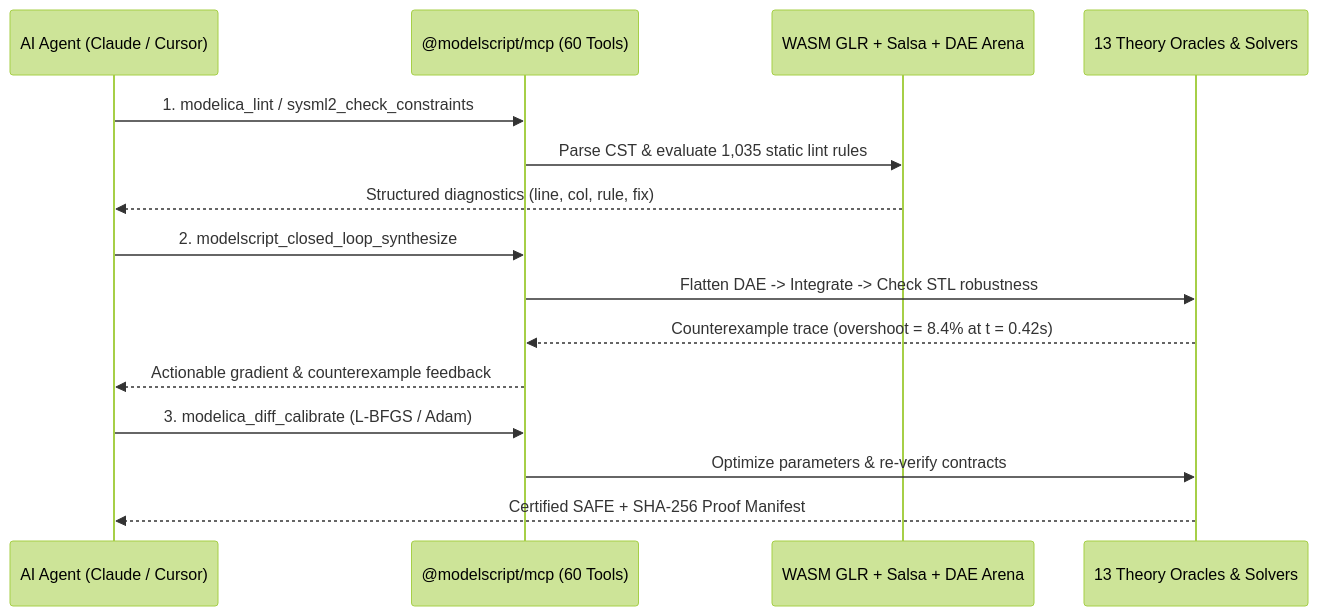
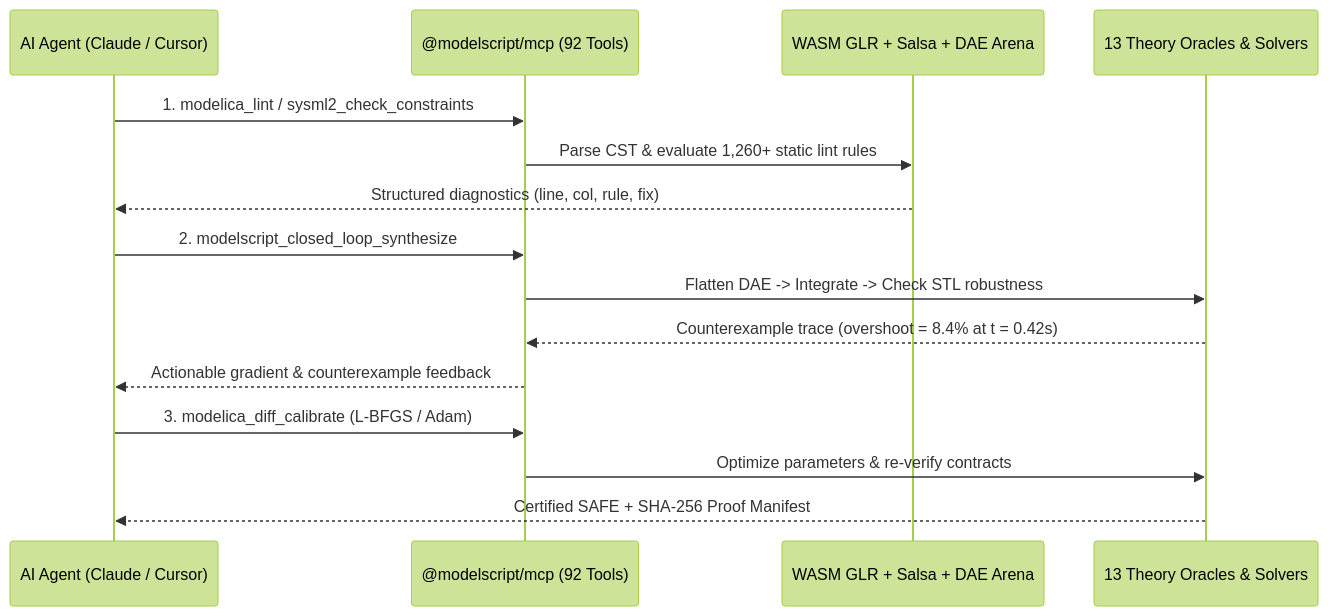
The diagram in apps/docs/docs/guide/ai-agents.md (modelscript/modelscript), drawn with Mermaid (forest theme) before and after one commit. The commit also changed other lines of this file and 1058 other files, not shown here.

````diff
--- a/apps/docs/docs/guide/ai-agents.md
+++ b/apps/docs/docs/guide/ai-agents.md
@@ -93,18 +93,18 @@
 ```mermaid
 sequenceDiagram
     participant Agent as AI Agent (Claude / Cursor)
-    participant MCP as @modelscript/mcp (60 Tools)
+    participant MCP as @modelscript/mcp (92 Tools)
     participant Core as WASM GLR + Salsa + DAE Arena
     participant Verify as 13 Theory Oracles & Solvers
 
     Agent->>MCP: 1. modelica_lint / sysml2_check_constraints
-    MCP->>Core: Parse CST & evaluate 1,035 static lint rules
+    MCP->>Core: Parse CST & evaluate 1,260+ static lint rules
     Core-->>Agent: Structured diagnostics (line, col, rule, fix)
     Agent->>MCP: 2. modelscript_closed_loop_synthesize
     MCP->>Verify: Flatten DAE -> Integrate -> Check STL robustness
     Verify-->>MCP: Counterexample trace (overshoot = 8.4% at t = 0.42s)
     MCP-->>Agent: Actionable gradient & counterexample feedback
     Agent->>MCP: 3. modelica_diff_calibrate (L-BFGS / Adam)
     MCP->>Verify: Optimize parameters & re-verify contracts
     Verify-->>Agent: Certified SAFE + SHA-256 Proof Manifest
 ```
````
